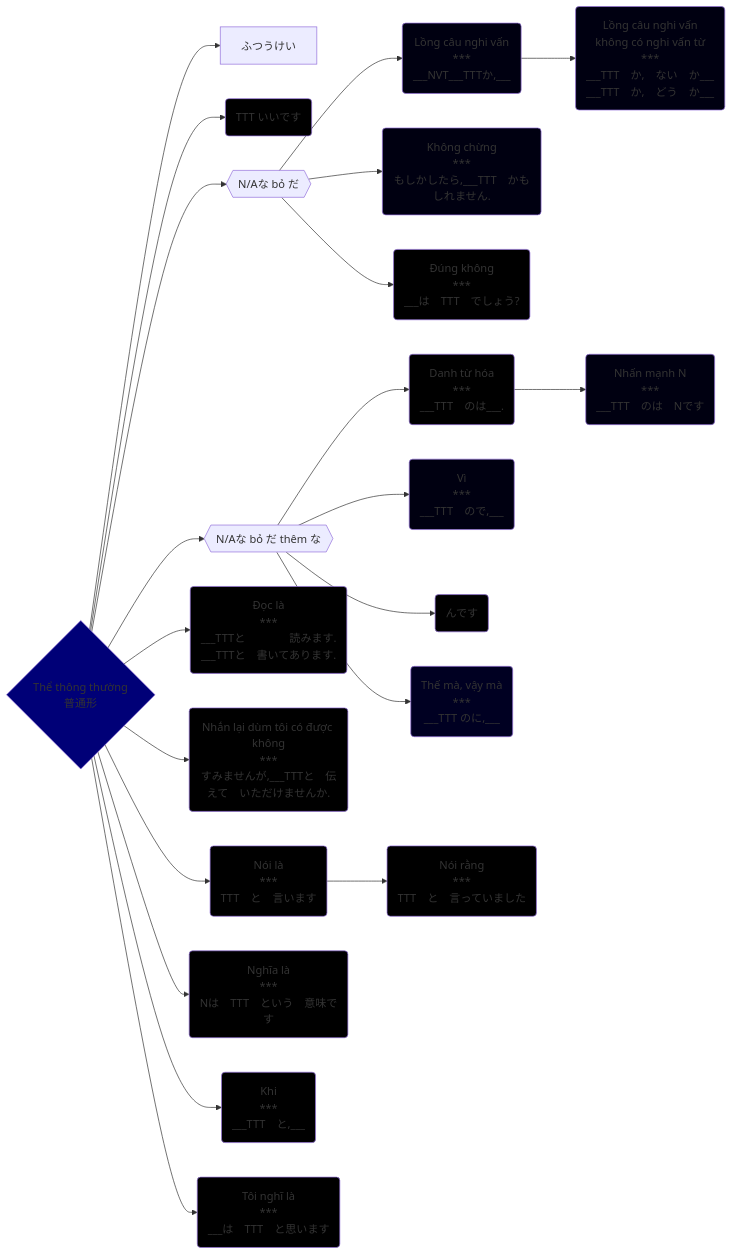
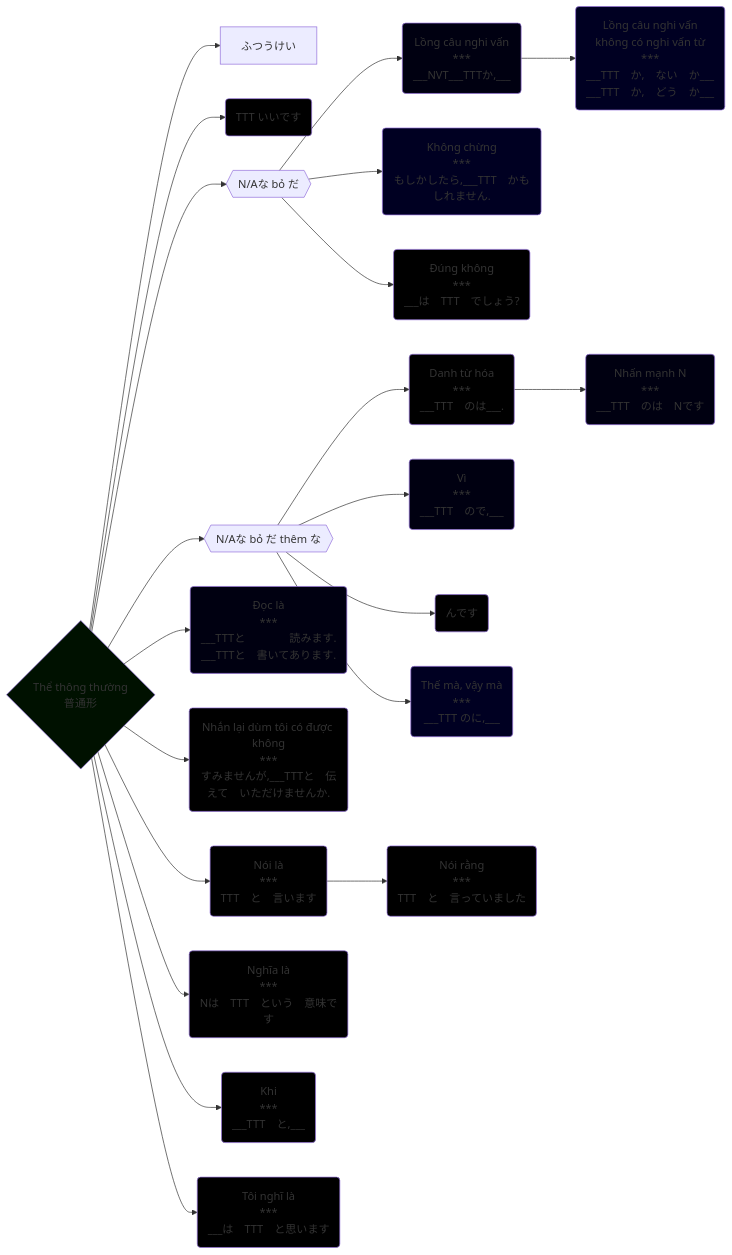
The diagram in The/普通形.md (tea1504/learn), drawn with Mermaid before and after one commit. The commit also changed 14 other files, not shown here.

````diff
--- a/The/普通形.md
+++ b/The/普通形.md
@@ -1,42 +1,42 @@
 ```mermaid
 graph LR;
     TTT{Thể thông thường\n普通形}-->ふつうけい
     TTT-->nen(TTT いいです)
     TTT-->boDa{{N/Aな bỏ だ}}
     boDa-->longCauNghiVan(Lồng câu nghi vấn\n***\n___NVT___TTTか,___)
     longCauNghiVan-->longCauNghiVan2(Lồng câu nghi vấn\n không có nghi vấn từ\n***\n___TTT　か,　ない　か___\n___TTT　か,　どう　か___)
     boDa-->khongChung(Không chừng\n***\nもしかしたら,___TTT　かもしれません.)
     TTT-->boDaThemNa{{N/Aな bỏ だ thêm な}}
     boDaThemNa-->danhTuHoa(Danh từ hóa\n***\n___TTT　のは___.)
     danhTuHoa-->nhanManhN(Nhấn mạnh N\n***\n___TTT　のは　Nです)
     boDaThemNa-->vi(Vì\n***\n___TTT　ので,___)
     TTT-->docLaVietLa(Đọc là\n***\n___TTTと　　　　読みます.\n___TTTと　書いてあります.)
     boDaThemNa-->ndesu(んです)
     boDaThemNa-->theMaVayMa(Thế mà, vậy mà\n***\n___TTT のに,___)
     TTT-->nhanLaiDumToi(Nhắn lại dùm tôi có được không\n***\nすみませんが,___TTTと　伝えて　いただけませんか.)
     TTT-->noiLa(Nói là\n***\nTTT　と　言います)
     noiLa-->noiRang(Nói rằng\n***\nTTT　と　言っていました)
     TTT-->nghiaLa(Nghĩa là\n***\nNは　TTT　という　意味です)
     boDa-->dungKhong(Đúng không\n***\n___は　TTT　でしょう?)
     TTT-->khi(Khi\n***\n___TTT　と,___)
     TTT-->toiNghiLa(Tôi nghĩ là\n***\n___は　TTT　と思います)
 
-    style TTT fill:#007
+    style TTT fill:#010
     style danhTuHoa fill:#000
-    style docLaVietLa fill:#000
+    style docLaVietLa fill:#001
     style dungKhong fill:#000
     style khi fill:#000
-    style khongChung fill:#001
+    style khongChung fill:#002
     style longCauNghiVan fill:#001
-    style longCauNghiVan2 fill:#001
+    style longCauNghiVan2 fill:#002
     style ndesu fill:#000
     style nen fill:#000
     style nghiaLa fill:#000
     style nhanLaiDumToi fill:#000
     style nhanManhN fill:#001
     style noiLa fill:#000
     style noiRang fill:#000
     style theMaVayMa fill:#002
     style toiNghiLa fill:#000
     style vi fill:#001
 ```
````
